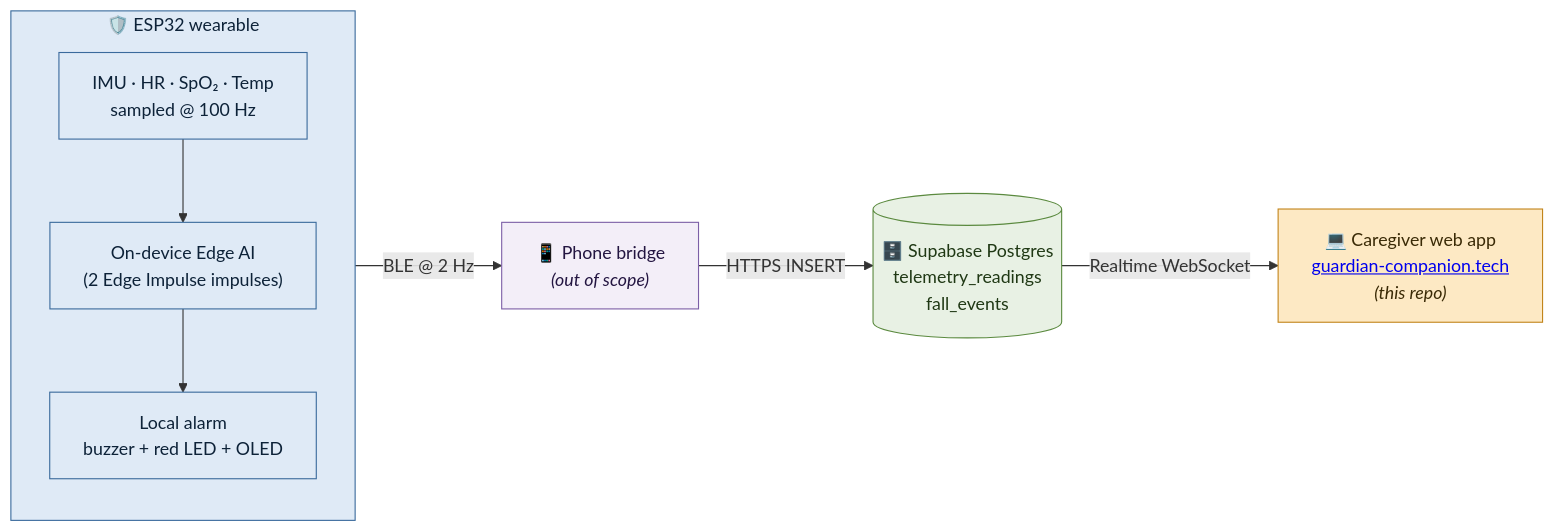
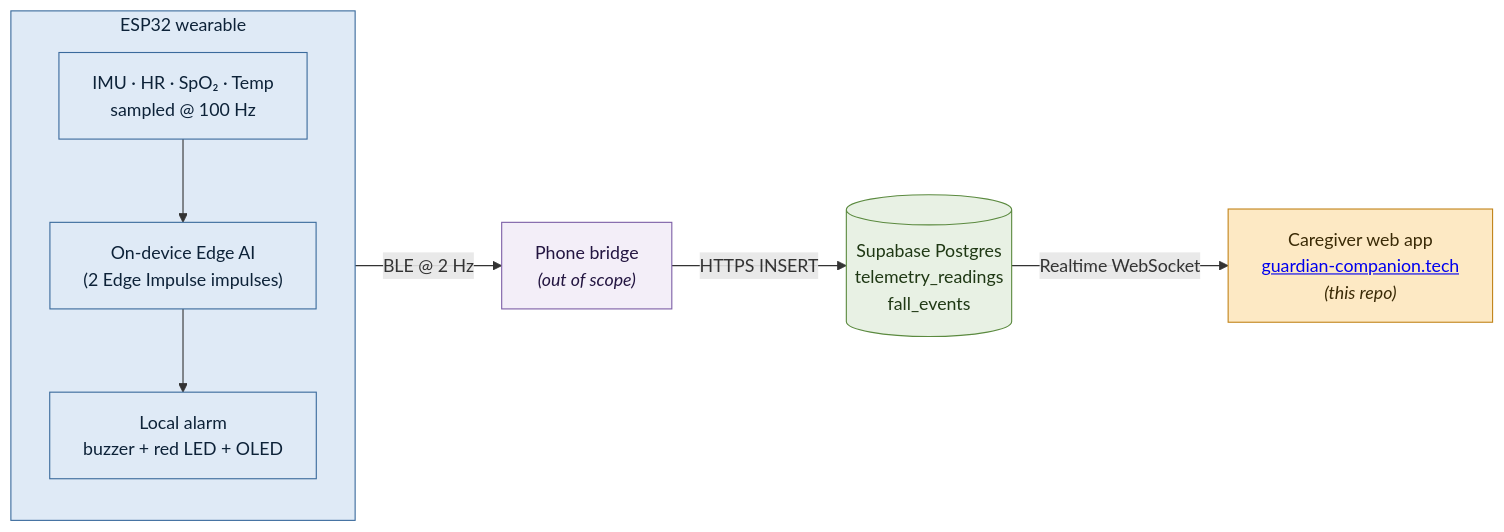
The diagram in README.md (tudorbaranai/guardian-fall-companion), drawn with Mermaid before and after one commit. The commit also changed other lines of this file and 2 other files, not shown here.

````diff
--- a/README.md
+++ b/README.md
@@ -50,27 +36,27 @@
 ```mermaid
 flowchart LR
-    subgraph Wearable["🛡️ ESP32 wearable"]
+    subgraph Wearable["ESP32 wearable"]
         direction TB
         Sensors["IMU · HR · SpO₂ · Temp<br/>sampled @ 100 Hz"]
         Edge["On-device Edge AI<br/>(2 Edge Impulse impulses)"]
         Local["Local alarm<br/>buzzer + red LED + OLED"]
         Sensors --> Edge --> Local
     end
 
-    Bridge["📱 Phone bridge<br/><i>(out of scope)</i>"]
-    DB[("🗄️ Supabase Postgres<br/>telemetry_readings<br/>fall_events")]
-    Web["💻 Caregiver web app<br/><a href='https://guardian-companion.tech'>guardian-companion.tech</a><br/><i>(this repo)</i>"]
+    Bridge["Phone bridge<br/><i>(out of scope)</i>"]
+    DB[("Supabase Postgres<br/>telemetry_readings<br/>fall_events")]
+    Web["Caregiver web app<br/><a href='https://guardian-companion.tech'>guardian-companion.tech</a><br/><i>(this repo)</i>"]
 
     Wearable -- "BLE @ 2 Hz" --> Bridge
     Bridge -- "HTTPS INSERT" --> DB
     DB -- "Realtime WebSocket" --> Web
 
     classDef device fill:#dfeaf6,stroke:#3a6a9c,color:#0d2238
     classDef offRepo fill:#f3eef8,stroke:#7c5fa7,color:#231541
     classDef cloud fill:#e8f1e4,stroke:#5b8a3f,color:#1f3814
     classDef ui fill:#fde9c4,stroke:#c2851b,color:#3a2a06
     class Wearable,Sensors,Edge,Local device
     class Bridge offRepo
     class DB cloud
     class Web ui
 ```
````
